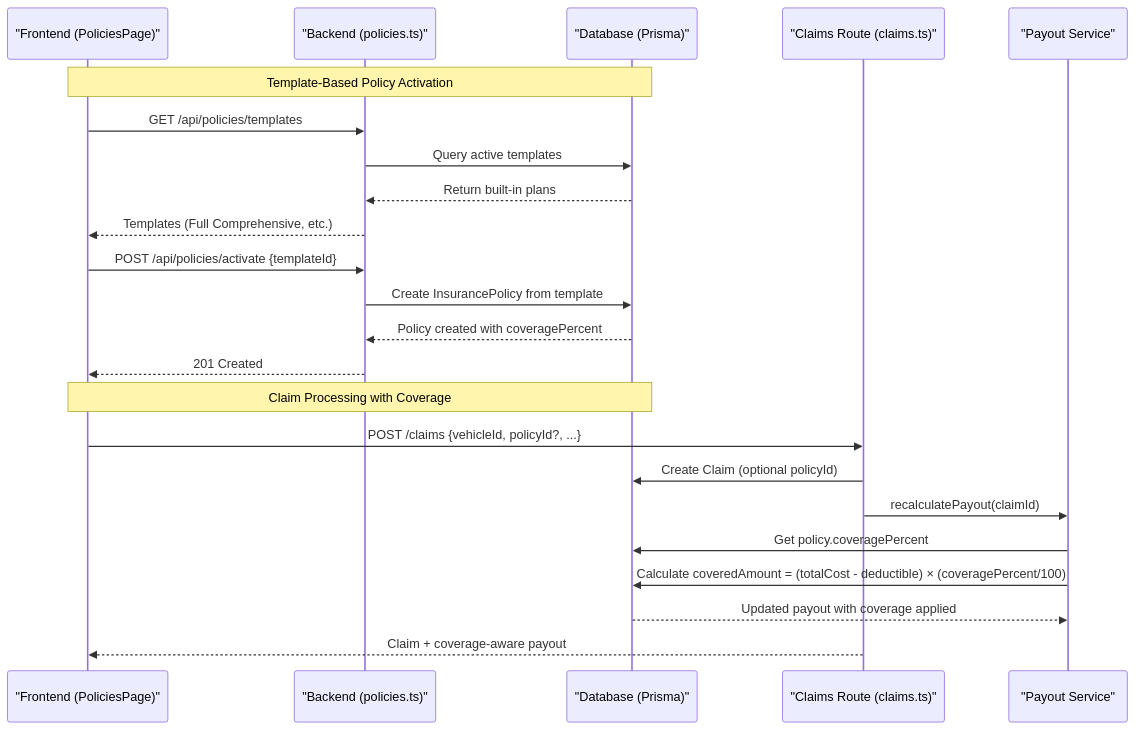
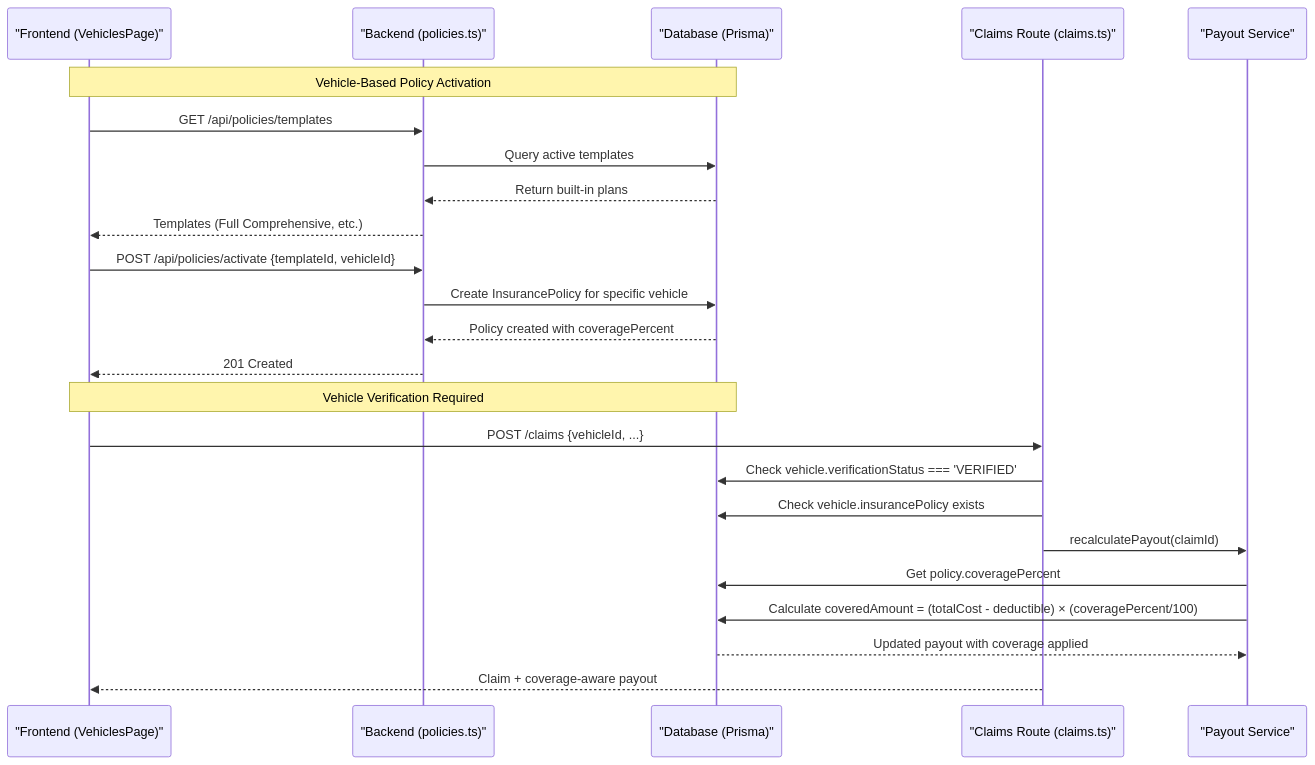
The second of 9 diagrams in .qoder/repowiki/en/content/Business Logic Layer/Policy Management System.md (NaveenHiranya/Smart-Vehicle-Insurance-Claim-System), drawn with Mermaid before and after one commit. The commit also changed other lines of this file and 21 other files, not shown here.

````diff
--- a/.qoder/repowiki/en/content/Business Logic Layer/Policy Management System.md
+++ b/.qoder/repowiki/en/content/Business Logic Layer/Policy Management System.md
@@ -137,25 +151,26 @@
 ```mermaid
 sequenceDiagram
-participant UI as "Frontend (PoliciesPage)"
+participant UI as "Frontend (VehiclesPage)"
 participant API as "Backend (policies.ts)"
 participant DB as "Database (Prisma)"
 participant CL as "Claims Route (claims.ts)"
 participant PS as "Payout Service"
-Note over UI,DB : Template-Based Policy Activation
+Note over UI,DB : Vehicle-Based Policy Activation
 UI->>API : GET /api/policies/templates
 API->>DB : Query active templates
 DB-->>API : Return built-in plans
 API-->>UI : Templates (Full Comprehensive, etc.)
-UI->>API : POST /api/policies/activate {templateId}
-API->>DB : Create InsurancePolicy from template
+UI->>API : POST /api/policies/activate {templateId, vehicleId}
+API->>DB : Create InsurancePolicy for specific vehicle
 DB-->>API : Policy created with coveragePercent
 API-->>UI : 201 Created
-Note over UI,DB : Claim Processing with Coverage
-UI->>CL : POST /claims {vehicleId, policyId?, ...}
-CL->>DB : Create Claim (optional policyId)
+Note over UI,DB : Vehicle Verification Required
+UI->>CL : POST /claims {vehicleId, ...}
+CL->>DB : Check vehicle.verificationStatus === 'VERIFIED'
+CL->>DB : Check vehicle.insurancePolicy exists
 CL->>PS : recalculatePayout(claimId)
 PS->>DB : Get policy.coveragePercent
 PS->>DB : Calculate coveredAmount = (totalCost - deductible) × (coveragePercent/100)
 DB-->>PS : Updated payout with coverage applied
 CL-->>UI : Claim + coverage-aware payout
 ```
````
